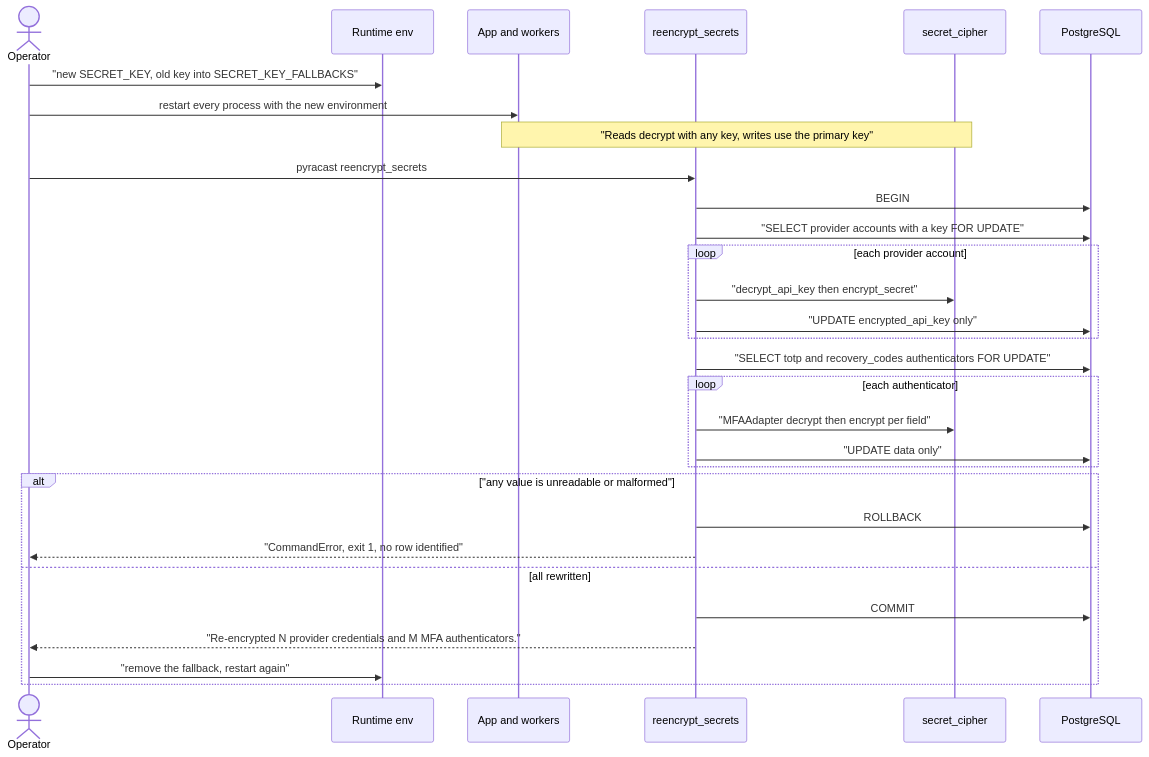
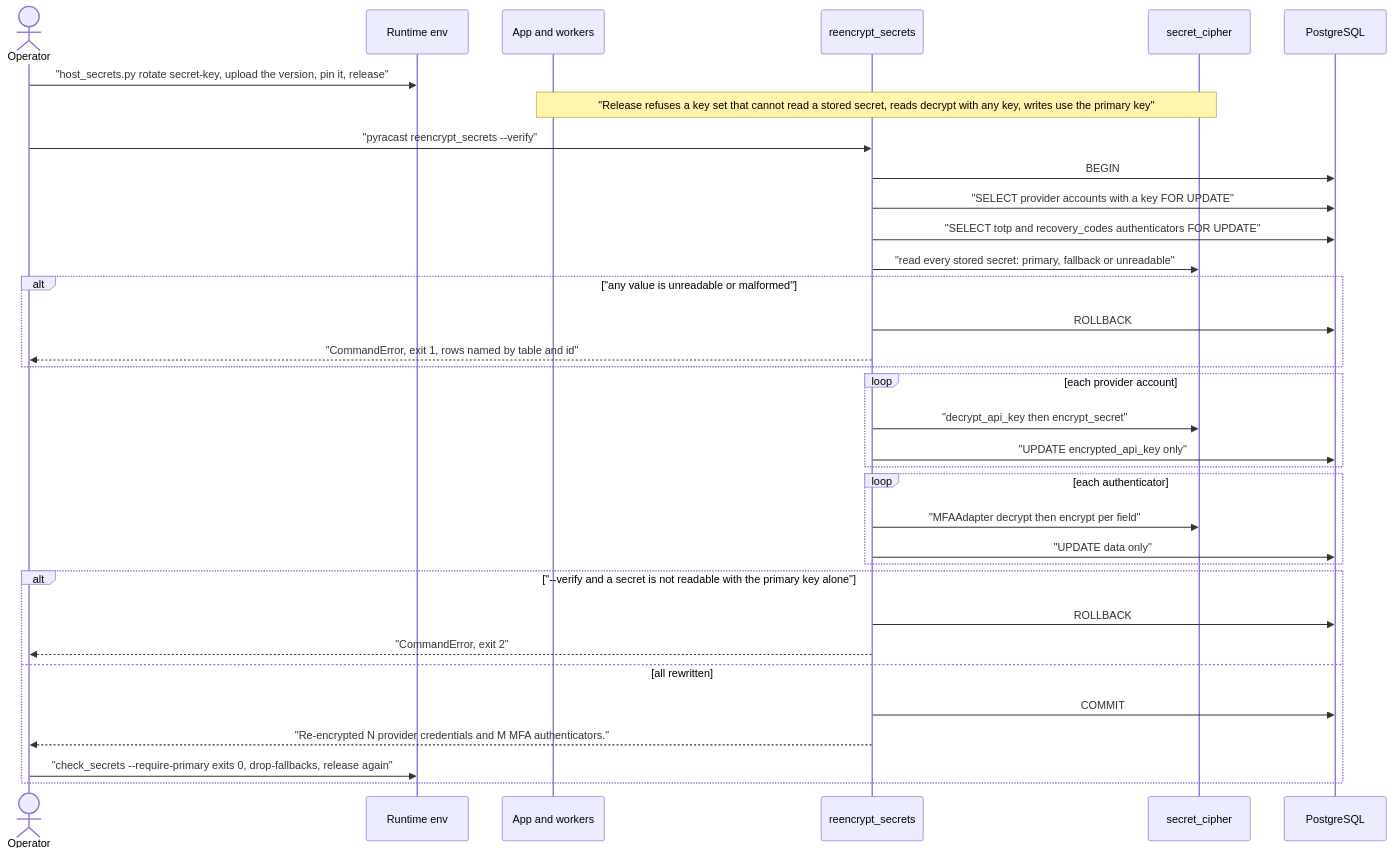
One commit to erkurtharun/pyracast changed the diagram in docs/flows/encryption-key-rotation.md. Above: the diagram before and after it, drawn with Mermaid. The commit also changed other lines of this file and 17 other files, not shown here.

First line of the commit message:
Bring the operations and delivery flow pages in line with the code

````diff
--- a/docs/flows/encryption-key-rotation.md
+++ b/docs/flows/encryption-key-rotation.md
@@ -15,32 +17,36 @@
 ```mermaid
 sequenceDiagram
     actor O as Operator
     participant E as Runtime env
     participant P as App and workers
     participant C as reencrypt_secrets
     participant K as secret_cipher
     participant D as PostgreSQL
-    O->>E: "new SECRET_KEY, old key into SECRET_KEY_FALLBACKS"
-    O->>P: restart every process with the new environment
-    Note over P,K: "Reads decrypt with any key, writes use the primary key"
-    O->>C: pyracast reencrypt_secrets
+    O->>E: "host_secrets.py rotate secret-key, upload the version, pin it, release"
+    Note over P,K: "Release refuses a key set that cannot read a stored secret, reads decrypt with any key, writes use the primary key"
+    O->>C: "pyracast reencrypt_secrets --verify"
     C->>D: BEGIN
     C->>D: "SELECT provider accounts with a key FOR UPDATE"
+    C->>D: "SELECT totp and recovery_codes authenticators FOR UPDATE"
+    C->>K: "read every stored secret: primary, fallback or unreadable"
+    alt "any value is unreadable or malformed"
+        C->>D: ROLLBACK
+        C-->>O: "CommandError, exit 1, rows named by table and id"
+    end
     loop each provider account
         C->>K: "decrypt_api_key then encrypt_secret"
         C->>D: "UPDATE encrypted_api_key only"
     end
-    C->>D: "SELECT totp and recovery_codes authenticators FOR UPDATE"
     loop each authenticator
         C->>K: "MFAAdapter decrypt then encrypt per field"
         C->>D: "UPDATE data only"
     end
-    alt "any value is unreadable or malformed"
+    alt "--verify and a secret is not readable with the primary key alone"
         C->>D: ROLLBACK
-        C-->>O: "CommandError, exit 1, no row identified"
+        C-->>O: "CommandError, exit 2"
     else all rewritten
         C->>D: COMMIT
         C-->>O: "Re-encrypted N provider credentials and M MFA authenticators."
-        O->>E: "remove the fallback, restart again"
+        O->>E: "check_secrets --require-primary exits 0, drop-fallbacks, release again"
     end
 ```
````
